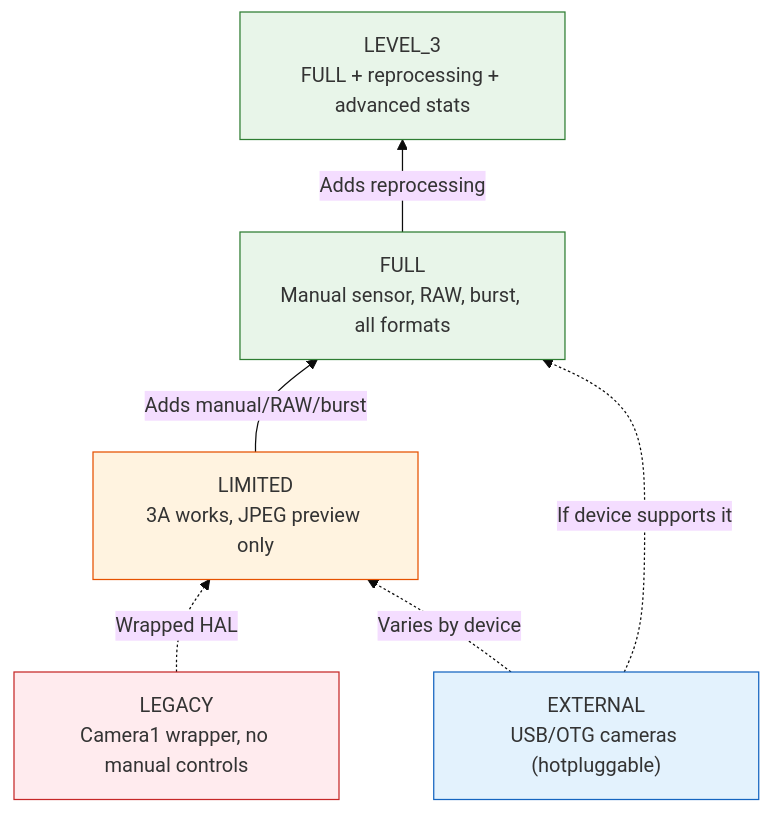
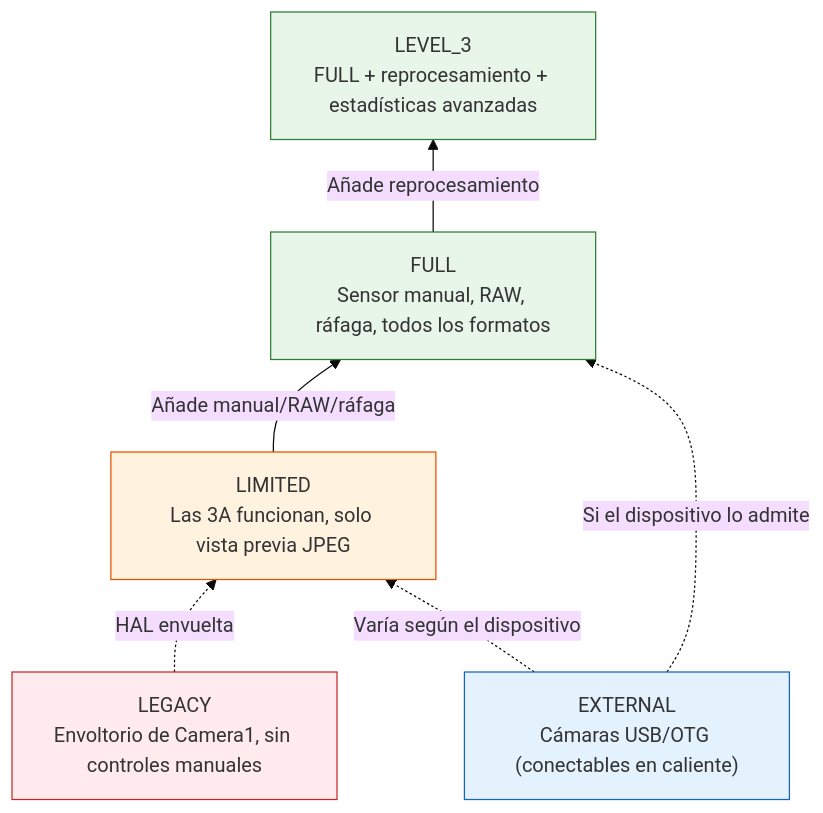
The first of 3 diagrams in website/i18n/es/docusaurus-plugin-content-docs/current/camera2/cameracharacteristics-deep-dive.md (zoozooll/AndroidCameraParameters), drawn with Mermaid (base theme) before and after one commit. The commit also changed other lines of this file and 378 other files, not shown here.

````diff
--- a/website/i18n/es/docusaurus-plugin-content-docs/current/camera2/cameracharacteristics-deep-dive.md
+++ b/website/i18n/es/docusaurus-plugin-content-docs/current/camera2/cameracharacteristics-deep-dive.md
@@ -59,24 +59,24 @@
 ```mermaid
 flowchart BT
-    LEGACY["LEGACY<br/>Camera1 wrapper, no manual controls"]
-    LIMITED["LIMITED<br/>3A works, JPEG preview only"]
-    FULL["FULL<br/>Manual sensor, RAW, burst, all formats"]
-    LEVEL3["LEVEL_3<br/>FULL + reprocessing + advanced stats"]
-    EXTERNAL["EXTERNAL<br/>USB/OTG cameras (hotpluggable)"]
+    LEGACY["LEGACY<br/>Envoltorio de Camera1, sin controles manuales"]
+    LIMITED["LIMITED<br/>Las 3A funcionan, solo vista previa JPEG"]
+    FULL["FULL<br/>Sensor manual, RAW, ráfaga, todos los formatos"]
+    LEVEL3["LEVEL_3<br/>FULL + reprocesamiento + estadísticas avanzadas"]
+    EXTERNAL["EXTERNAL<br/>Cámaras USB/OTG (conectables en caliente)"]
 
-    LIMITED -->|"Adds manual/RAW/burst"| FULL
-    FULL -->|"Adds reprocessing"| LEVEL3
-    LEGACY -.->|Wrapped HAL| LIMITED
-    EXTERNAL -.->|Varies by device| LIMITED
-    EXTERNAL -.->|If device supports it| FULL
+    LIMITED -->|"Añade manual/RAW/ráfaga"| FULL
+    FULL -->|"Añade reprocesamiento"| LEVEL3
+    LEGACY -.->|HAL envuelta| LIMITED
+    EXTERNAL -.->|Varía según el dispositivo| LIMITED
+    EXTERNAL -.->|Si el dispositivo lo admite| FULL
 
     classDef low fill:#ffebee,stroke:#c62828;
     classDef mid fill:#fff3e0,stroke:#e65100;
     classDef high fill:#e8f5e9,stroke:#2e7d32;
     classDef ext fill:#e3f2fd,stroke:#1565c0;
 
     class LEGACY low;
     class LIMITED mid;
     class FULL,LEVEL3 high;
     class EXTERNAL ext;
 ```
````
